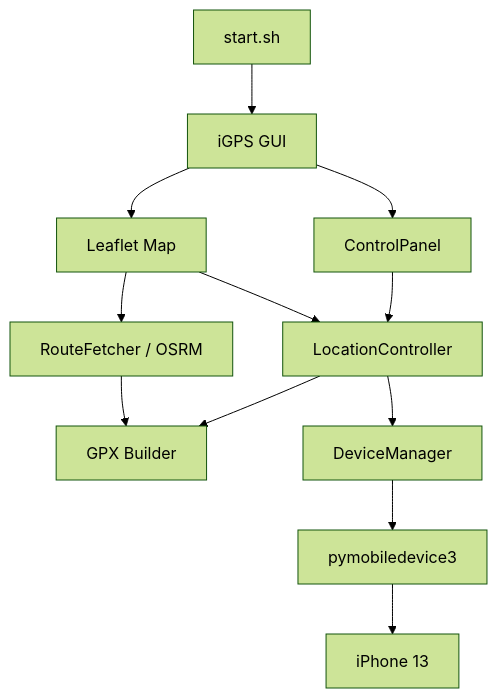
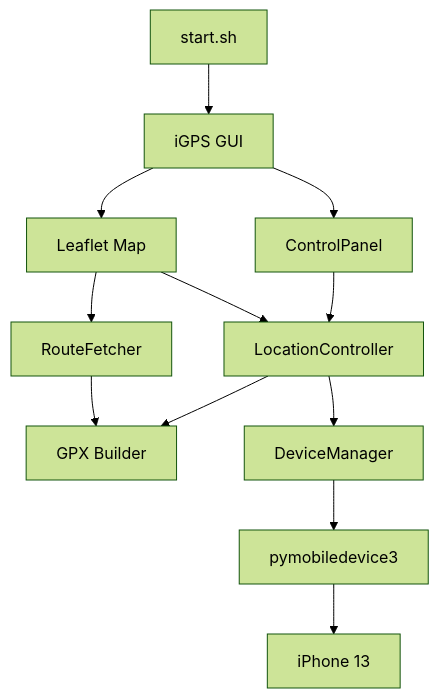
The diagram in README.md (Alexchen93/iGPS), drawn with Mermaid (forest theme) before and after one commit. The commit also changed other lines of this file and 1 other file, not shown here.

Commit message:
Simplify Mermaid: remove special chars, cleaner graph TD

````diff
--- a/README.md
+++ b/README.md
@@ -25,14 +25,14 @@
 ```mermaid
 graph TD
     A[start.sh] --> B[iGPS GUI]
     B --> C[ControlPanel]
     B --> D[Leaflet Map]
     C --> E[LocationController]
     D --> E
-    D --> F[RouteFetcher / OSRM]
+    D --> F[RouteFetcher]
     E --> G[GPX Builder]
     F --> G
     E --> H[DeviceManager]
     H --> I[pymobiledevice3]
-    I --> J[ iPhone 13 ]
+    I --> J[iPhone 13]
 ```
````
